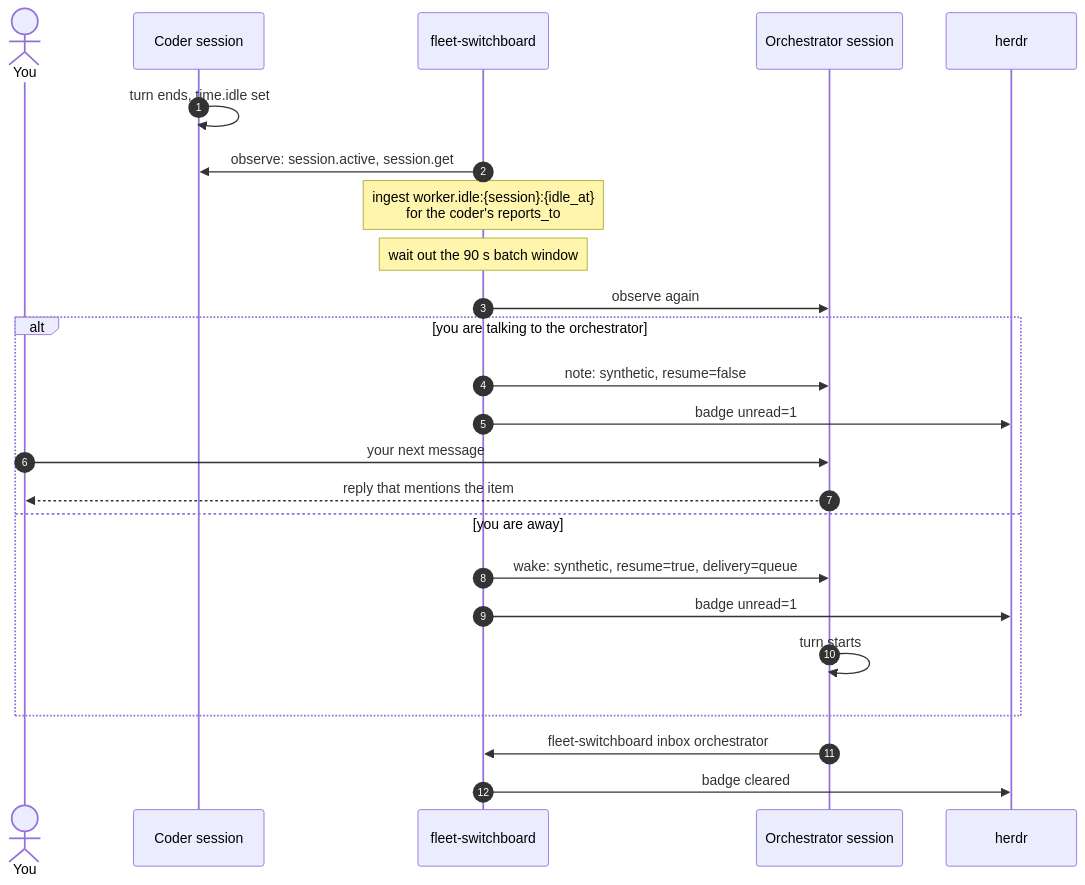
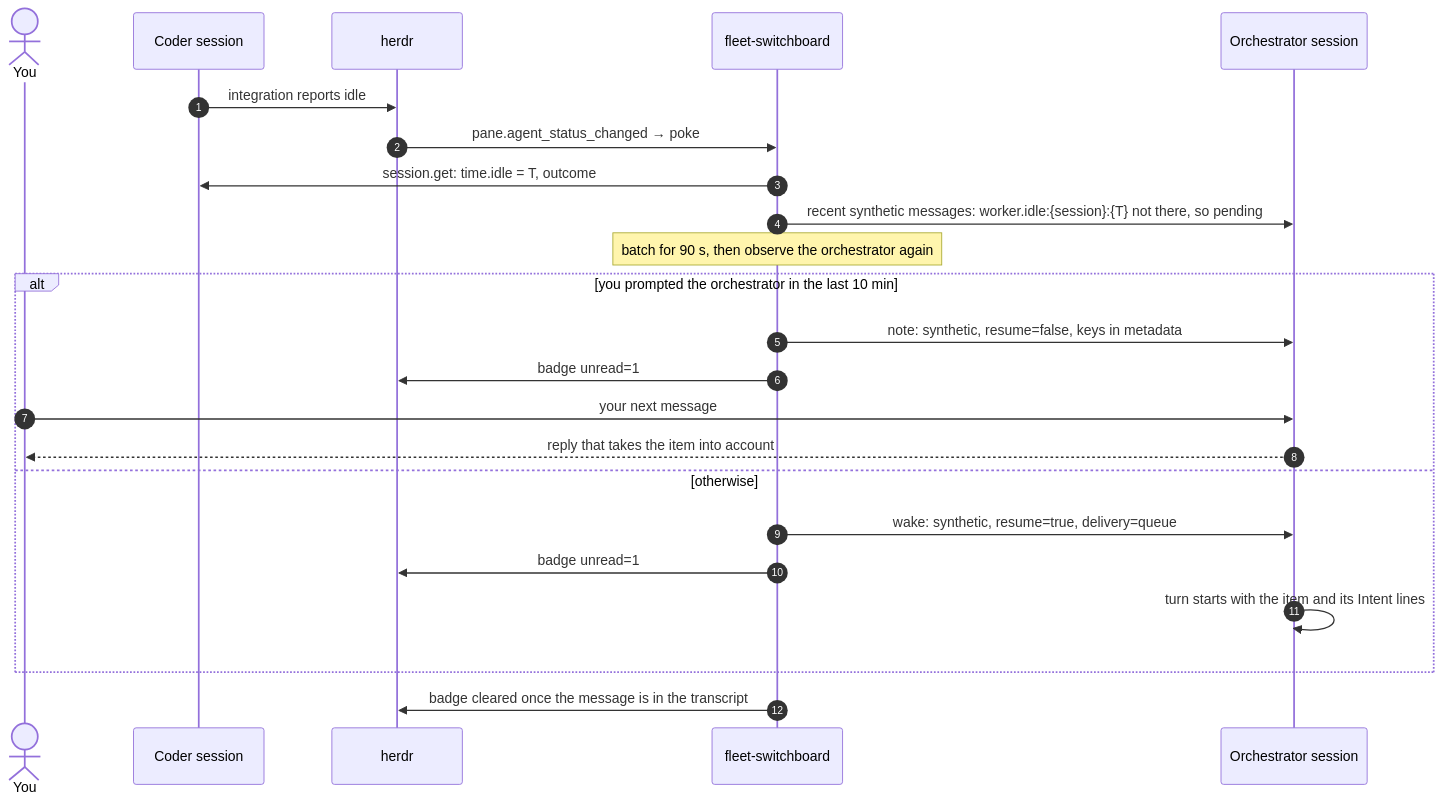
Before and after one commit to adamkaplan/fleet-kit: the tenth of 11 diagrams in docs/switchboard.md, drawn with Mermaid. The commit also changed other lines of this file, not shown here.

First line of the commit message:
docs: switchboard: status from herdr, derived state, intent lines

````diff
--- a/docs/switchboard.md
+++ b/docs/switchboard.md
@@ -528,26 +583,25 @@
 ```mermaid
 sequenceDiagram
   autonumber
   actor You
   participant C as Coder session
+  participant H as herdr
   participant SB as fleet-switchboard
   participant O as Orchestrator session
-  participant H as herdr
-  C->>C: turn ends, time.idle set
-  SB->>C: observe: session.active, session.get
-  Note over SB: ingest worker.idle:{session}:{idle_at}<br/>for the coder's reports_to
-  Note over SB: wait out the 90 s batch window
-  SB->>O: observe again
-  alt you are talking to the orchestrator
-    SB->>O: note: synthetic, resume=false
+  C->>H: integration reports idle
+  H->>SB: pane.agent_status_changed → poke
+  SB->>C: session.get: time.idle = T, outcome
+  SB->>O: recent synthetic messages: worker.idle:{session}:{T} not there, so pending
+  Note over SB: batch for 90 s, then observe the orchestrator again
+  alt you prompted the orchestrator in the last 10 min
+    SB->>O: note: synthetic, resume=false, keys in metadata
     SB->>H: badge unread=1
     You->>O: your next message
-    O-->>You: reply that mentions the item
-  else you are away
+    O-->>You: reply that takes the item into account
+  else otherwise
     SB->>O: wake: synthetic, resume=true, delivery=queue
     SB->>H: badge unread=1
-    O->>O: turn starts
+    O->>O: turn starts with the item and its Intent lines
   end
-  O->>SB: fleet-switchboard inbox orchestrator
-  SB->>H: badge cleared
+  SB->>H: badge cleared once the message is in the transcript
 ```
````
